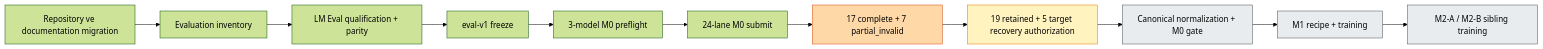
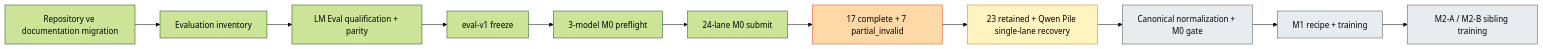
Before and after one commit to umutyesildal/transfer-vs-relearning: the diagram in documentation/current/PROJECT_TIMELINE_AND_CURRENT_POSITION_TR.md, drawn with Mermaid (forest theme). The commit also changed other lines of this file and 5 other files, not shown here.

Commit message:
docs: freeze Qwen Pile single-lane recovery

````diff
--- a/documentation/current/PROJECT_TIMELINE_AND_CURRENT_POSITION_TR.md
+++ b/documentation/current/PROJECT_TIMELINE_AND_CURRENT_POSITION_TR.md
@@ -44,19 +43,19 @@
 ```mermaid
 flowchart LR
     A["Repository ve documentation migration"] --> B["Evaluation inventory"]
     B --> C["LM Eval qualification + parity"]
     C --> D["eval-v1 freeze"]
     D --> E["3-model M0 preflight"]
     E --> F["24-lane M0 submit"]
     F --> G["17 complete + 7 partial_invalid"]
-    G --> H["19 retained + 5 target recovery authorization"]
+    G --> H["23 retained + Qwen Pile single-lane recovery"]
     H --> I["Canonical normalization + M0 gate"]
     I --> J["M1 recipe + training"]
     J --> K["M2-A / M2-B sibling training"]
 
     style G fill:#ffd8a8,stroke:#d9480f
     style H fill:#fff3bf,stroke:#e67700
     style I fill:#e9ecef,stroke:#495057
     style J fill:#e9ecef,stroke:#495057
     style K fill:#e9ecef,stroke:#495057
 ```
````
